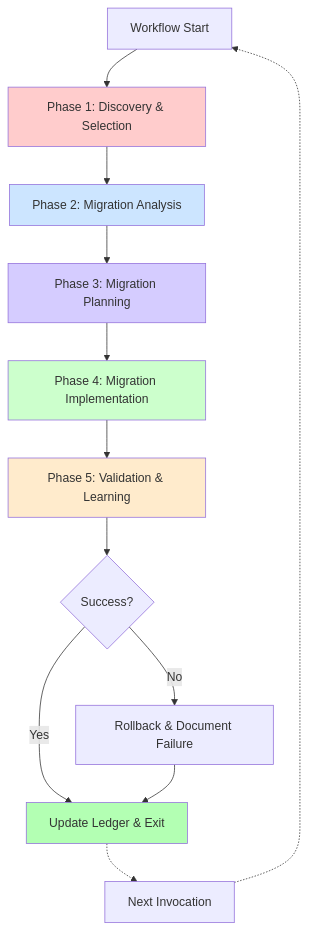
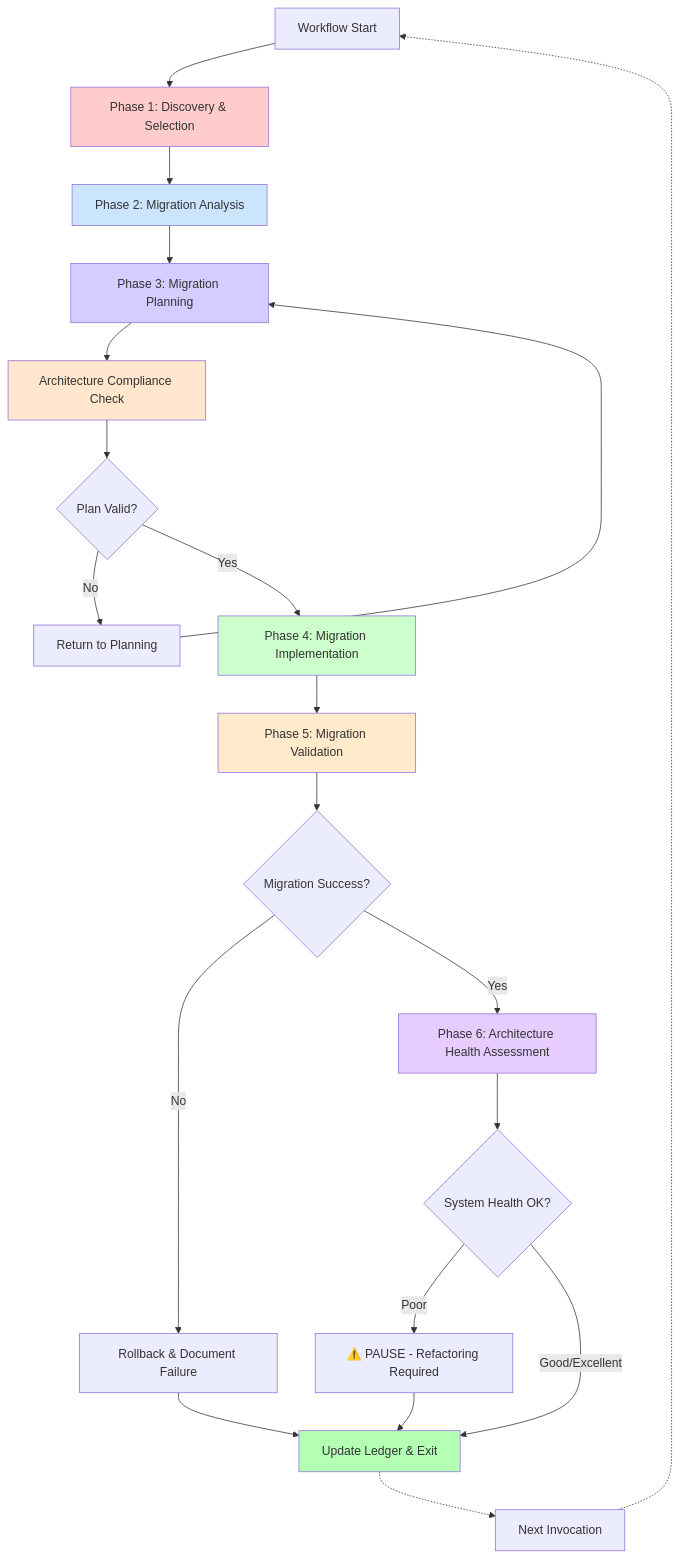
Before and after one commit to ihabwahbi/cost-management: the diagram in docs/2025-09-26_ai_native_development_architecture.md, drawn with Mermaid. The commit also changed other lines of this file and 4 other files, not shown here.

First line of the commit message:
docs: Enhance ANDA workflow with mandatory architectural compliance and dual-phase validation

````diff
--- a/docs/2025-09-26_ai_native_development_architecture.md
+++ b/docs/2025-09-26_ai_native_development_architecture.md
@@ -71,22 +85,32 @@
 ```mermaid
 graph TD
     A[Workflow Start] --> B["Phase 1: Discovery & Selection"]
     B --> C["Phase 2: Migration Analysis"]
     C --> D["Phase 3: Migration Planning"]
-    D --> E["Phase 4: Migration Implementation"]
-    E --> F["Phase 5: Validation & Learning"]
-    F --> G{Success?}
-    G -->|Yes| H[Update Ledger & Exit]
-    G -->|No| I[Rollback & Document Failure]
-    I --> H
+    D --> D1["Architecture Compliance Check"]
+    D1 --> E{Plan Valid?}
+    E -->|No| D2[Return to Planning]
+    D2 --> D
+    E -->|Yes| F["Phase 4: Migration Implementation"]
+    F --> G["Phase 5: Migration Validation"]
+    G --> H{Migration Success?}
+    H -->|No| I[Rollback & Document Failure]
+    H -->|Yes| J["Phase 6: Architecture Health Assessment"]
+    J --> K{System Health OK?}
+    K -->|Poor| L[⚠️ PAUSE - Refactoring Required]
+    K -->|Good/Excellent| M[Update Ledger & Exit]
+    I --> M
+    L --> M
     
-    H -.-> J[Next Invocation]
-    J -.-> A
+    M -.-> N[Next Invocation]
+    N -.-> A
     
     style B fill:#ffcccc
     style C fill:#cce5ff
     style D fill:#d5ccff
-    style E fill:#ccffcc
-    style F fill:#ffebcc
-    style H fill:#b3ffb3
+    style D1 fill:#ffe6cc
+    style F fill:#ccffcc
+    style G fill:#ffebcc
+    style J fill:#e6ccff
+    style M fill:#b3ffb3
 ```
````
